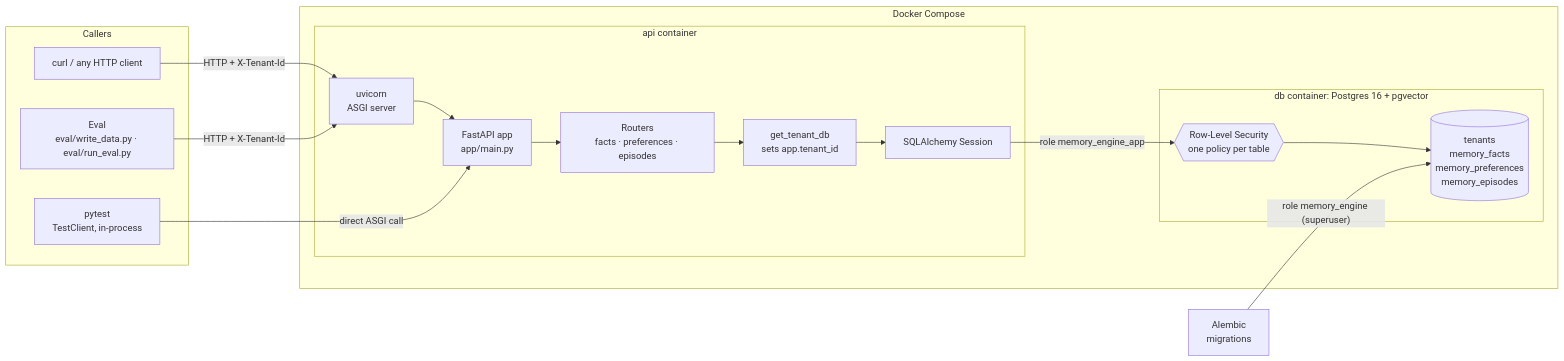
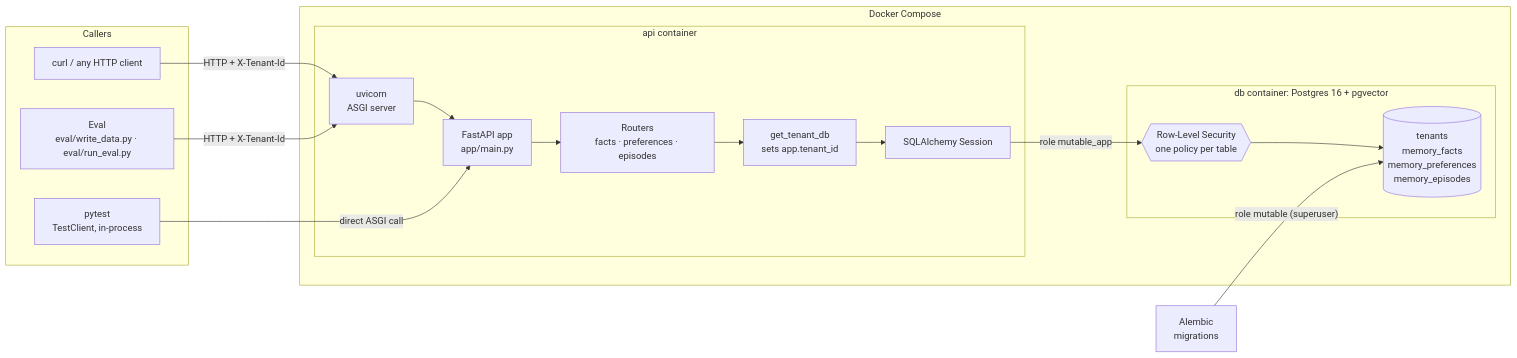
The first of 10 diagrams in README.md (ZiadHendawy/mutable), drawn with Mermaid before and after one commit. The commit also changed other lines of this file and 16 other files, not shown here.

````diff
--- a/README.md
+++ b/README.md
@@ -73,30 +73,30 @@
 ```mermaid
 flowchart LR
     subgraph callers["Callers"]
         curl["curl / any HTTP client"]
         evals["Eval<br/>eval/write_data.py · eval/run_eval.py"]
         tests["pytest<br/>TestClient, in-process"]
     end
 
     subgraph compose["Docker Compose"]
         subgraph apibox["api container"]
             uvicorn["uvicorn<br/>ASGI server"] --> fastapi["FastAPI app<br/>app/main.py"]
             fastapi --> routers["Routers<br/>facts · preferences · episodes"]
             routers --> dep["get_tenant_db<br/>sets app.tenant_id"]
             dep --> orm["SQLAlchemy Session"]
         end
         subgraph dbbox["db container: Postgres 16 + pgvector"]
             rls{{"Row-Level Security<br/>one policy per table"}}
             tables[("tenants<br/>memory_facts<br/>memory_preferences<br/>memory_episodes")]
         end
     end
 
     alembic["Alembic<br/>migrations"]
 
     curl -- "HTTP + X-Tenant-Id" --> uvicorn
     evals -- "HTTP + X-Tenant-Id" --> uvicorn
     tests -- "direct ASGI call" --> fastapi
-    orm -- "role memory_engine_app" --> rls
+    orm -- "role mutable_app" --> rls
     rls --> tables
-    alembic -- "role memory_engine (superuser)" --> tables
+    alembic -- "role mutable (superuser)" --> tables
 ```
````
